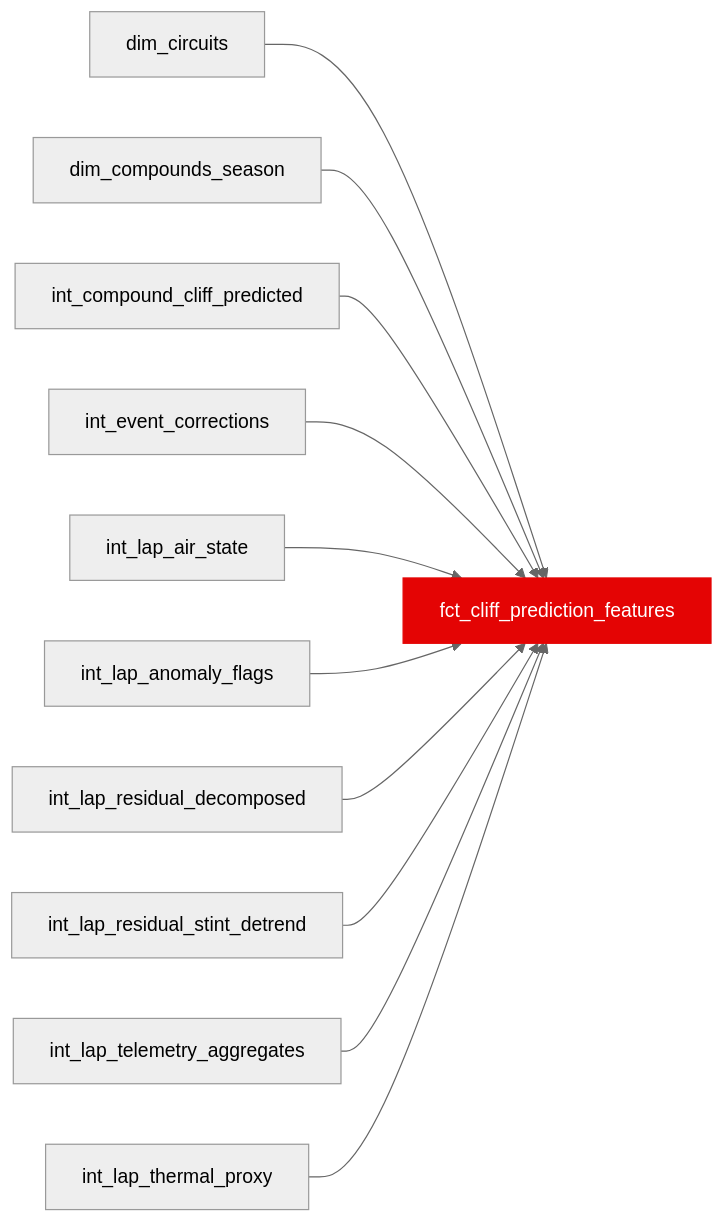
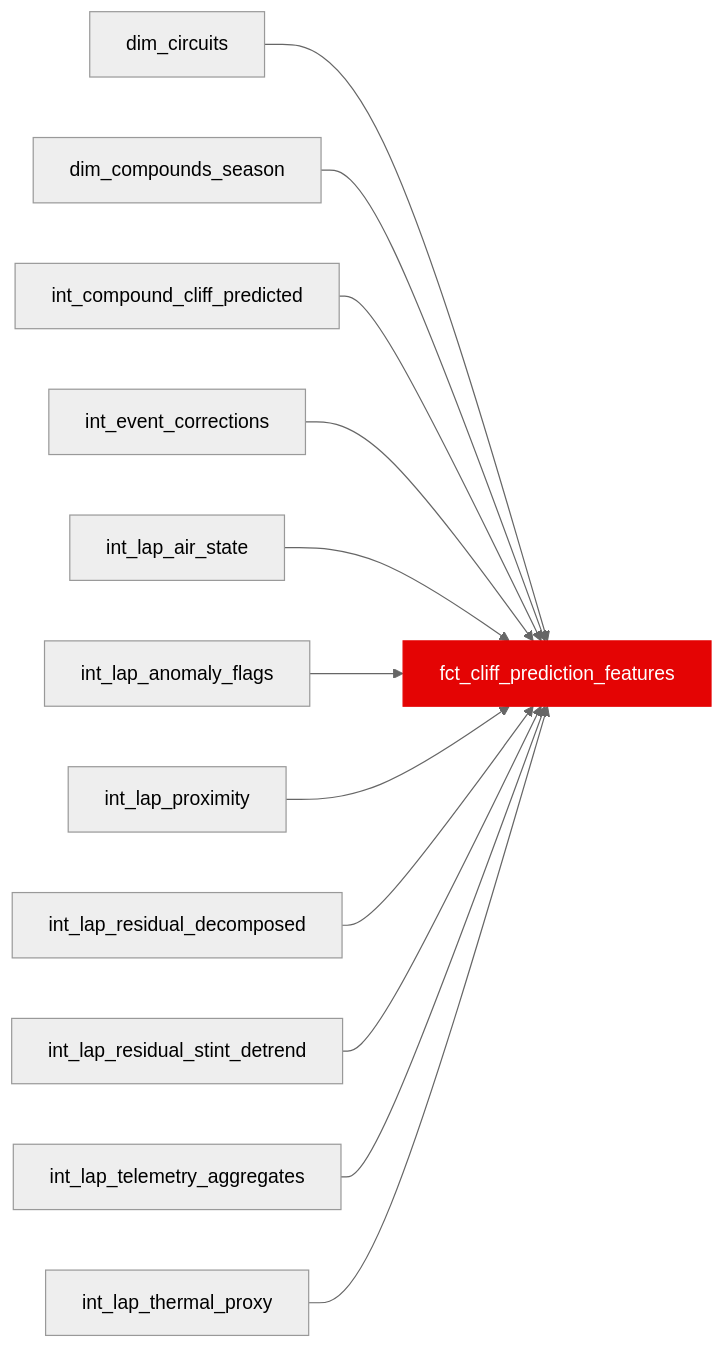
One commit to JustinClarke/off-the-pace changed the diagram in docs/reference/models/fct/fct_cliff_prediction_features.mdx. Above: the diagram before and after it, drawn with Mermaid (neutral theme). The commit also changed other lines of this file and 91 other files, not shown here.

````diff
--- a/docs/reference/models/fct/fct_cliff_prediction_features.mdx
+++ b/docs/reference/models/fct/fct_cliff_prediction_features.mdx
@@ -19,14 +19,15 @@
 ```mermaid
 flowchart LR
   dim_circuits --> fct_cliff_prediction_features
   dim_compounds_season --> fct_cliff_prediction_features
   int_compound_cliff_predicted --> fct_cliff_prediction_features
   int_event_corrections --> fct_cliff_prediction_features
   int_lap_air_state --> fct_cliff_prediction_features
   int_lap_anomaly_flags --> fct_cliff_prediction_features
+  int_lap_proximity --> fct_cliff_prediction_features
   int_lap_residual_decomposed --> fct_cliff_prediction_features
   int_lap_residual_stint_detrend --> fct_cliff_prediction_features
   int_lap_telemetry_aggregates --> fct_cliff_prediction_features
   int_lap_thermal_proxy --> fct_cliff_prediction_features
   style fct_cliff_prediction_features fill:#e40404,stroke:#e40404,color:#fff
 ```
````
